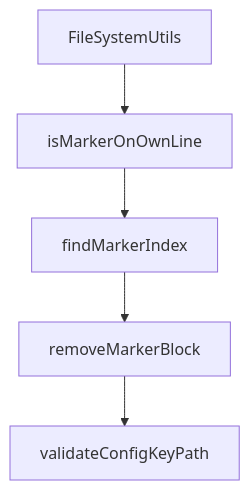
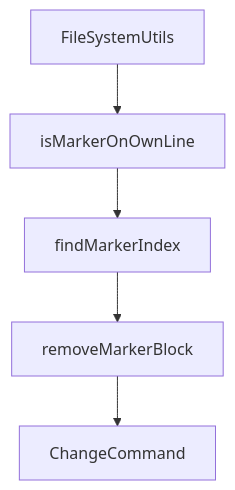
Before and after one commit to johnxie/awesome-code-docs: the diagram in tutorials/openspec-tutorial/06-tool-integrations-and-multi-agent-portability.md, drawn with Mermaid. The commit also changed other lines of this file and 1232 other files, not shown here.

````diff
--- a/tutorials/openspec-tutorial/06-tool-integrations-and-multi-agent-portability.md
+++ b/tutorials/openspec-tutorial/06-tool-integrations-and-multi-agent-portability.md
@@ -231,12 +229,12 @@
 ```mermaid
 flowchart TD
     A[FileSystemUtils]
     B[isMarkerOnOwnLine]
     C[findMarkerIndex]
     D[removeMarkerBlock]
-    E[validateConfigKeyPath]
+    E[ChangeCommand]
     A --> B
     B --> C
     C --> D
     D --> E
 ```
````
